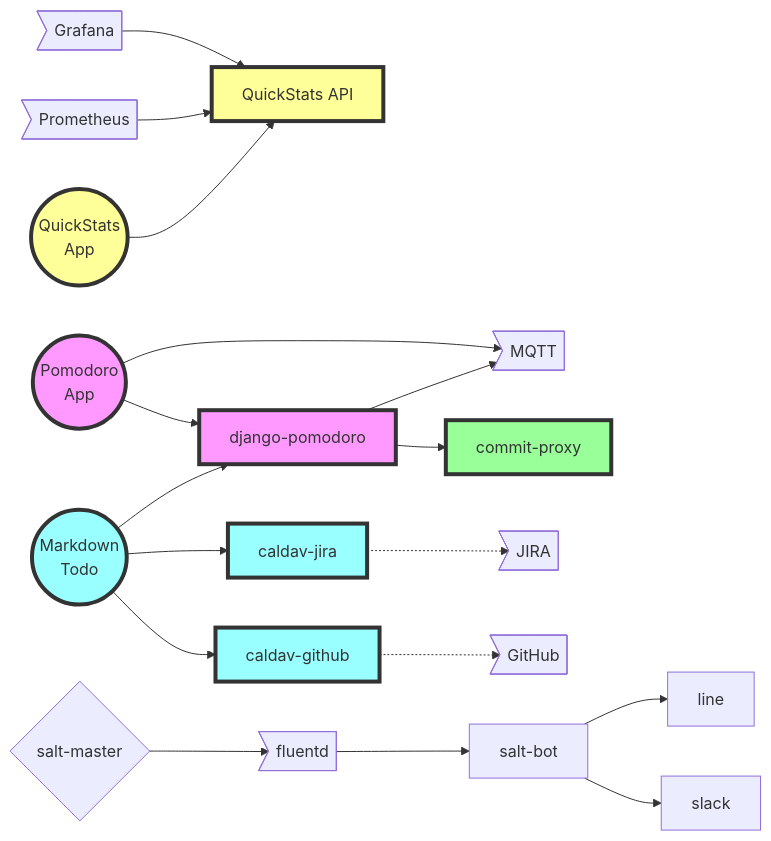
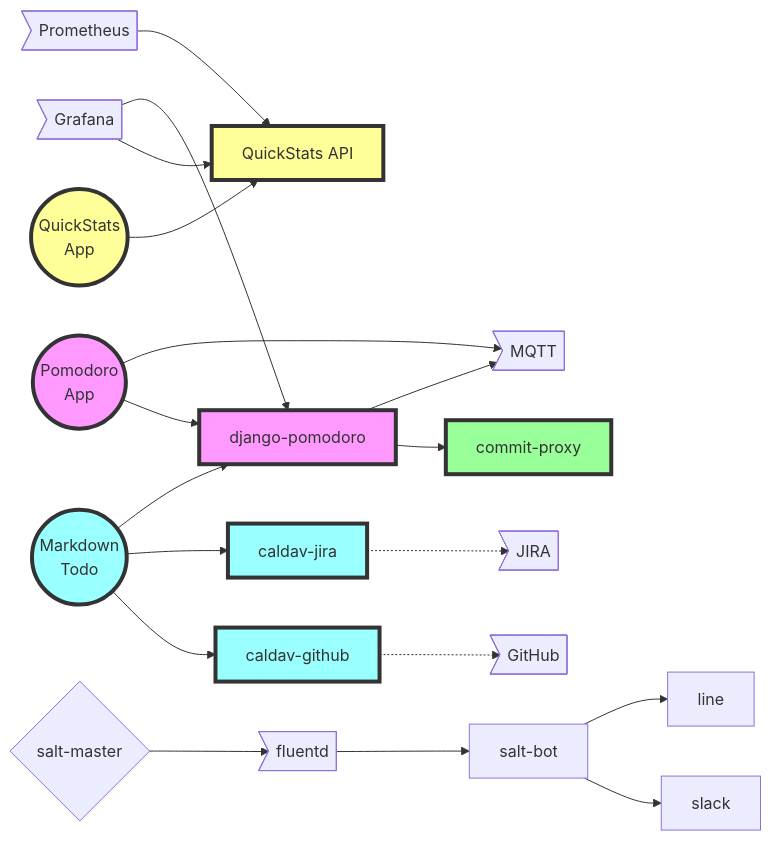
Before and after one commit to kfdm/ideas.paultraylor.dev: the diagram in content/ideas/mindmap.md, drawn with Mermaid. The commit also changed 1 other file, not shown here.

Commit message:
Update some ideas

````diff
--- a/content/ideas/mindmap.md
+++ b/content/ideas/mindmap.md
@@ -16,63 +16,64 @@
 ```mermaid
 graph LR
 
 ios-pomodoro((<center>Pomodoro<br>App</center>))
 ios-quickstats((<center>QuickStats<br>App</center>))
 ios-todo((<center>Markdown<br>Todo</center>))
 salt-master{salt-master}
 
 mqtt>MQTT]
 grafana>Grafana]
 prometheus>Prometheus]
 github>GitHub]
 jira>JIRA]
 fluentd>fluentd]
 
 quickstats-django[QuickStats API]
 
 caldav-github-.->github
 caldav-jira-.->jira
 django-pomodoro-->commit-proxy
 django-pomodoro-->mqtt
 ios-pomodoro-->django-pomodoro
 ios-pomodoro-->mqtt
 ios-quickstats-->quickstats-django
 ios-todo-->caldav-github
 ios-todo-->caldav-jira
 ios-todo-->django-pomodoro
 
 prometheus-->quickstats-django
 grafana-->quickstats-django
+grafana-->django-pomodoro
 
 salt-master-->fluentd
 fluentd-->salt-bot
 salt-bot-->slack
 salt-bot-->line
 
 
 click ios-pomodoro "https://github.com/kfdm/ios-pomodoro"
 click ios-quickstats "https://github.com/quickstats/ios-quickstats"
 click mqtt "https://ideas.paultraylor.dev/tags/mqtt"
 click quickstats-django "https://github.com/quickstats/quickstats-django"
 click commit-proxy "https://github.com/kfdm/commit-proxy"
 click github "https://developer.github.com/v3/"
 click jira "https://developer.atlassian.com/cloud/jira/platform/rest/v3/"
 click prometheus "https://prometheus.io"
 click grafana "https://grafana.net"
 
 classDef pomodoro-project fill:#f9f,stroke:#333,stroke-width:4px;
 class ios-pomodoro,django-pomodoro pomodoro-project
 
 classDef stats-project fill:#ff9,stroke:#333,stroke-width:4px;
 class ios-quickstats,quickstats-django stats-project
 
 classDef todo-project fill:#9ff,stroke:#333,stroke-width:4px;
 class ios-todo todo-project
 class caldav-github todo-project
 class caldav-jira todo-project
 
 classDef git-project fill:#9f9,stroke:#333,stroke-width:4px;
 class commit-proxy git-project
 
 class quickstats-django personal-project
 ```
````
